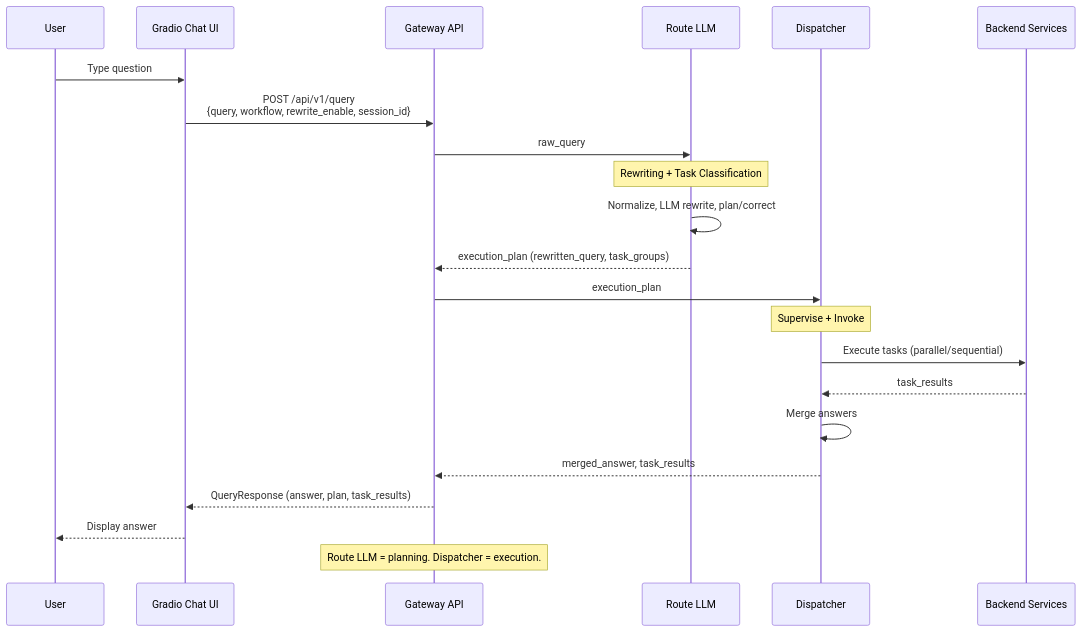
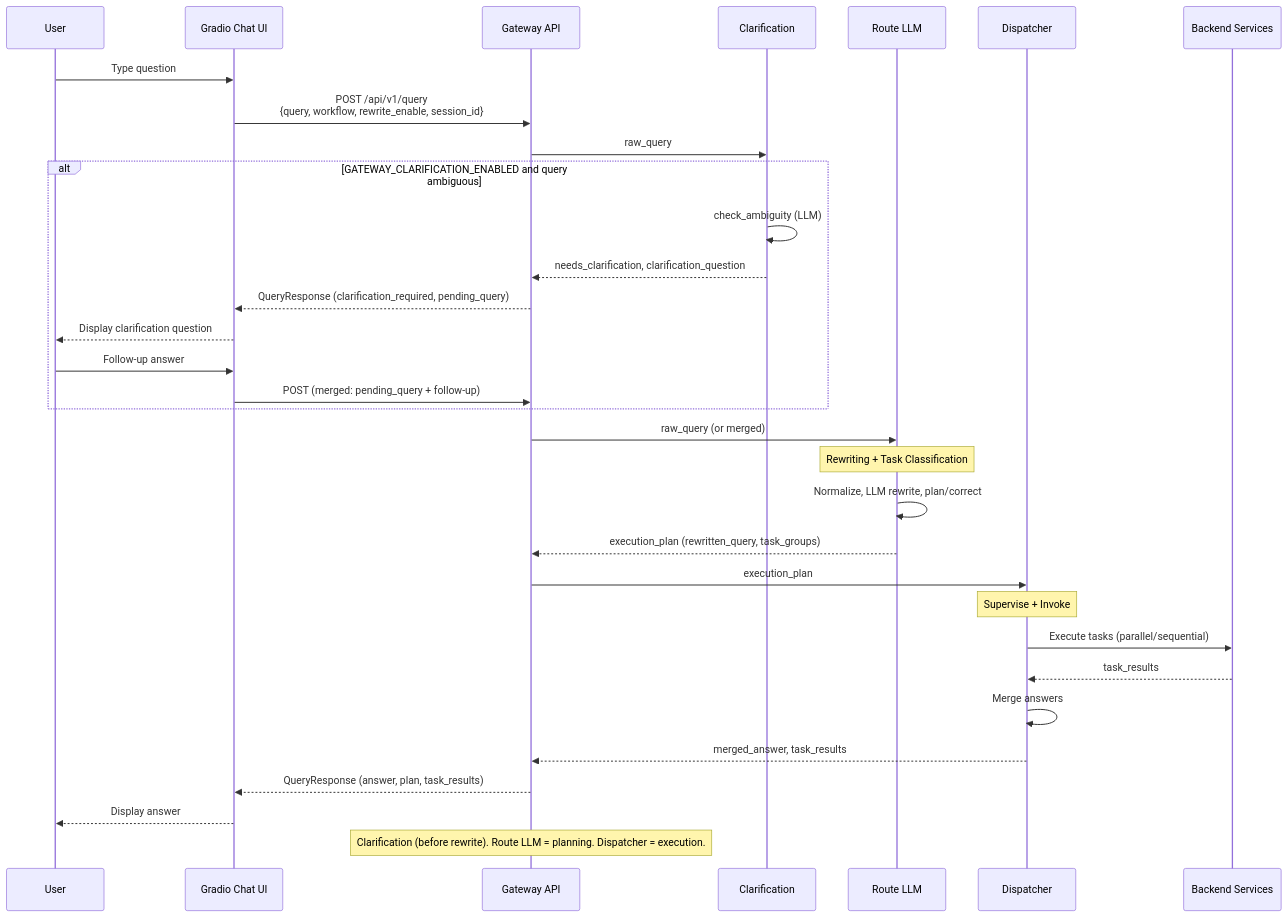
The fourth of 13 diagrams in docs/FRAMEWORK.md (lenhop/IC-RAG-Agent), drawn with Mermaid before and after one commit. The commit also changed other lines of this file and 14 other files, not shown here.

First line of the commit message:
feat: add clarification (question user) stage, fix date split, update FRAMEWORK

````diff
--- a/docs/FRAMEWORK.md
+++ b/docs/FRAMEWORK.md
@@ -264,30 +266,42 @@
 ```mermaid
 sequenceDiagram
     participant User
     participant ChatUI as Gradio Chat UI
     participant GW as Gateway API
+    participant Clarify as Clarification
     participant RouteLLM as Route LLM
     participant Dispatcher as Dispatcher
     participant Backend as Backend Services
 
     User->>ChatUI: Type question
     ChatUI->>GW: POST /api/v1/query<br/>{query, workflow, rewrite_enable, session_id}
-    GW->>RouteLLM: raw_query
+    GW->>Clarify: raw_query
+
+    alt GATEWAY_CLARIFICATION_ENABLED and query ambiguous
+        Clarify->>Clarify: check_ambiguity (LLM)
+        Clarify-->>GW: needs_clarification, clarification_question
+        GW-->>ChatUI: QueryResponse (clarification_required, pending_query)
+        ChatUI-->>User: Display clarification question
+        User->>ChatUI: Follow-up answer
+        ChatUI->>GW: POST (merged: pending_query + follow-up)
+    end
+
+    GW->>RouteLLM: raw_query (or merged)
 
     Note over RouteLLM: Rewriting + Task Classification
     RouteLLM->>RouteLLM: Normalize, LLM rewrite, plan/correct
     RouteLLM-->>GW: execution_plan (rewritten_query, task_groups)
 
     GW->>Dispatcher: execution_plan
 
     Note over Dispatcher: Supervise + Invoke
     Dispatcher->>Backend: Execute tasks (parallel/sequential)
     Backend-->>Dispatcher: task_results
     Dispatcher->>Dispatcher: Merge answers
     Dispatcher-->>GW: merged_answer, task_results
 
     GW-->>ChatUI: QueryResponse (answer, plan, task_results)
     ChatUI-->>User: Display answer
 
-    Note over GW: Route LLM = planning. Dispatcher = execution.
+    Note over GW: Clarification (before rewrite). Route LLM = planning. Dispatcher = execution.
 ```
````
